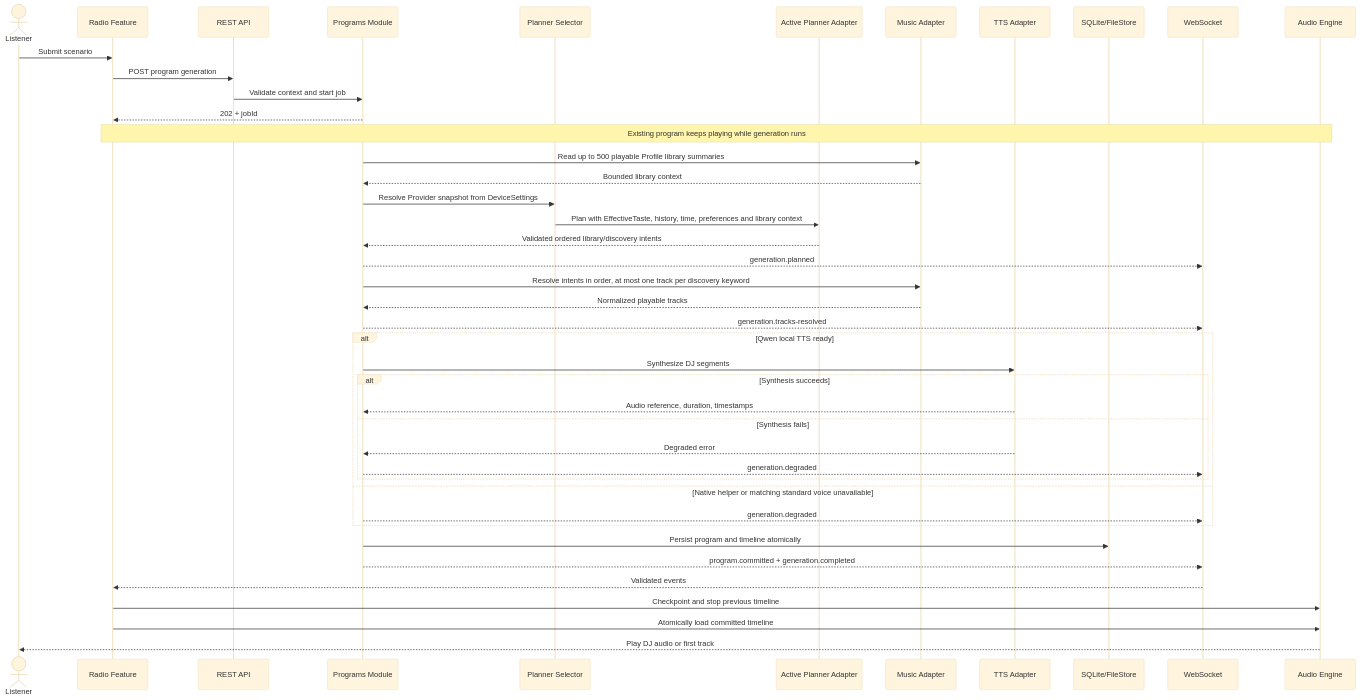
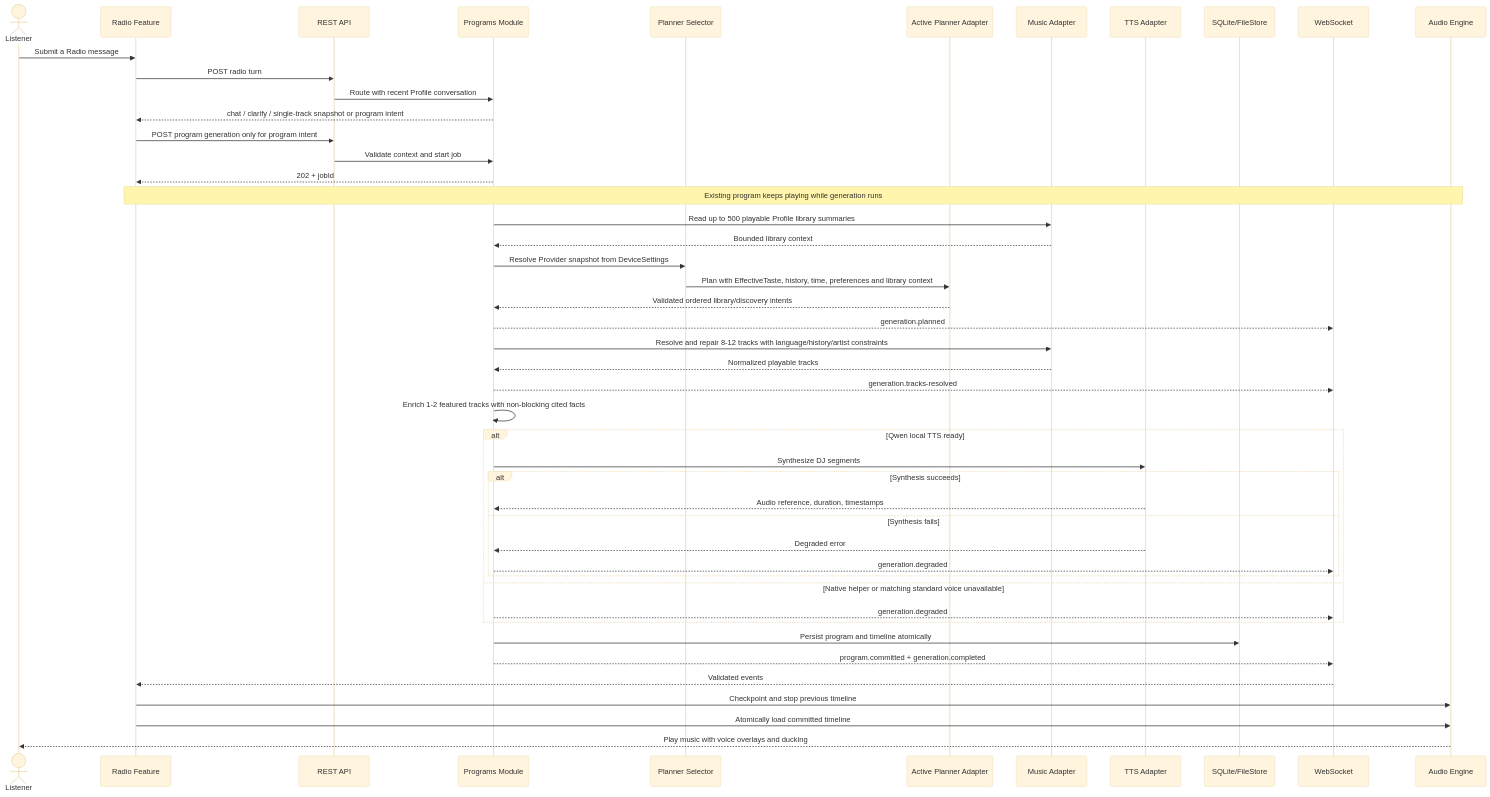
One commit to komochi007/koradio changed the third of 8 diagrams in architecture.md. Above: the diagram before and after it, drawn with Mermaid (base theme). The commit also changed other lines of this file and 53 other files, not shown here.

````diff
--- a/architecture.md
+++ b/architecture.md
@@ -132,45 +132,49 @@
 ```mermaid
 sequenceDiagram
     actor U as Listener
     participant W as Radio Feature
     participant A as REST API
     participant P as Programs Module
     participant S as Planner Selector
     participant C as Active Planner Adapter
     participant M as Music Adapter
     participant T as TTS Adapter
     participant D as SQLite/FileStore
     participant E as WebSocket
     participant X as Audio Engine
-    U->>W: Submit scenario
-    W->>A: POST program generation
+    U->>W: Submit a Radio message
+    W->>A: POST radio turn
+    A->>P: Route with recent Profile conversation
+    P-->>W: chat / clarify / single-track snapshot or program intent
+    W->>A: POST program generation only for program intent
     A->>P: Validate context and start job
     P-->>W: 202 + jobId
     Note over W,X: Existing program keeps playing while generation runs
     P->>M: Read up to 500 playable Profile library summaries
     M-->>P: Bounded library context
     P->>S: Resolve Provider snapshot from DeviceSettings
     S->>C: Plan with EffectiveTaste, history, time, preferences and library context
     C-->>P: Validated ordered library/discovery intents
     P-->>E: generation.planned
-    P->>M: Resolve intents in order, at most one track per discovery keyword
+    P->>M: Resolve and repair 8-12 tracks with language/history/artist constraints
     M-->>P: Normalized playable tracks
     P-->>E: generation.tracks-resolved
+    P->>P: Enrich 1-2 featured tracks with non-blocking cited facts
     alt Qwen local TTS ready
         P->>T: Synthesize DJ segments
         alt Synthesis succeeds
             T-->>P: Audio reference, duration, timestamps
         else Synthesis fails
             T-->>P: Degraded error
             P-->>E: generation.degraded
         end
     else Native helper or matching standard voice unavailable
         P-->>E: generation.degraded
     end
     P->>D: Persist program and timeline atomically
     P-->>E: program.committed + generation.completed
     E-->>W: Validated events
     W->>X: Checkpoint and stop previous timeline
     W->>X: Atomically load committed timeline
-    X-->>U: Play DJ audio or first track
+    X-->>U: Play music with voice overlays and ducking
 ```
````
